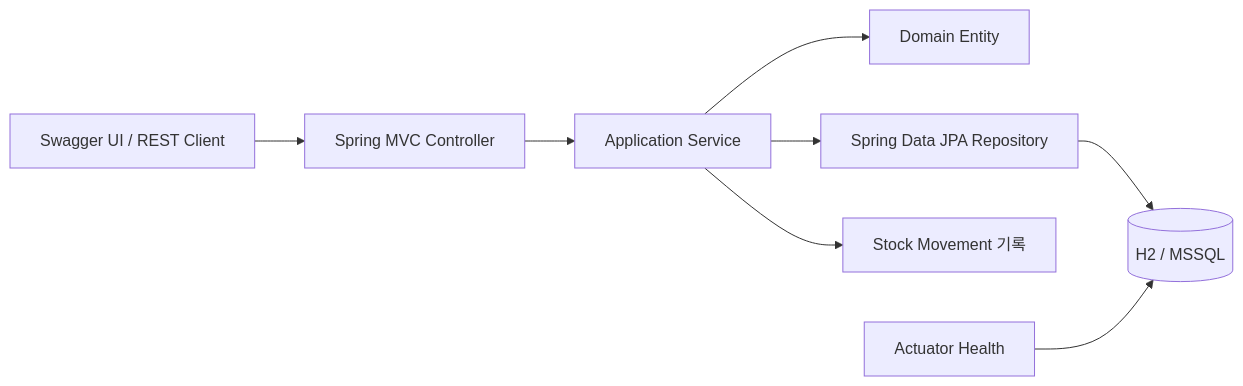
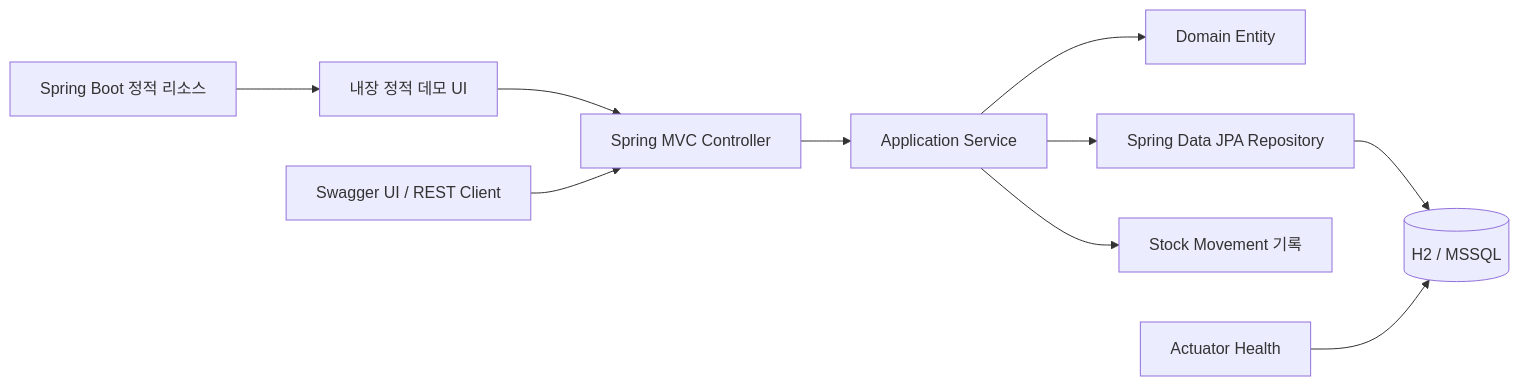
Before and after one commit to krapnuyij/logiops: the diagram in docs/ARCHITECTURE.md, drawn with Mermaid. The commit also changed other lines of this file and 11 other files, not shown here.

````diff
--- a/docs/ARCHITECTURE.md
+++ b/docs/ARCHITECTURE.md
@@ -15,10 +15,12 @@
 ```mermaid
 flowchart LR
-    Client[Swagger UI / REST Client] --> API[Spring MVC Controller]
+    Demo[내장 정적 데모 UI] --> API[Spring MVC Controller]
+    Client[Swagger UI / REST Client] --> API
+    Boot[Spring Boot 정적 리소스] --> Demo
     API --> Service[Application Service]
     Service --> Domain[Domain Entity]
     Service --> Repository[Spring Data JPA Repository]
     Repository --> DB[(H2 / MSSQL)]
     Service --> Movement[Stock Movement 기록]
     Health[Actuator Health] --> DB
 ```
````
